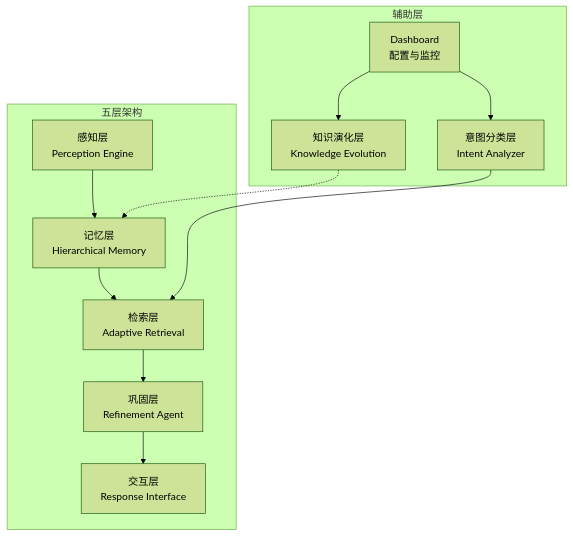
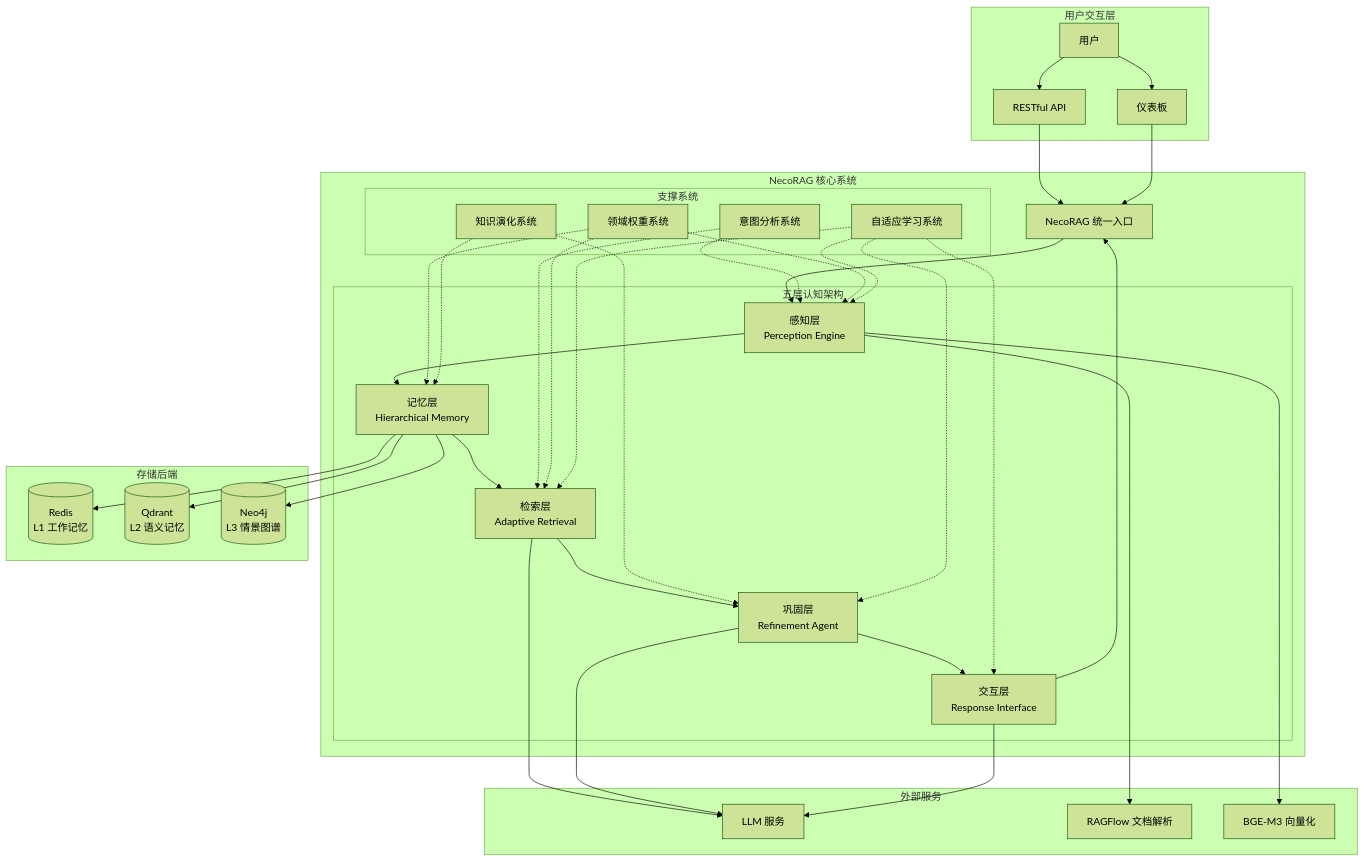
The first of 9 diagrams in .qoder/repowiki/zh/content/项目概述/技术架构概览.md (JieGaoPrinceton/NecoRAG), drawn with Mermaid (forest theme) before and after one commit. The commit also changed other lines of this file and 181 other files, not shown here.

````diff
--- a/.qoder/repowiki/zh/content/项目概述/技术架构概览.md
+++ b/.qoder/repowiki/zh/content/项目概述/技术架构概览.md
@@ -53,23 +39,51 @@
 ```mermaid
 graph TB
-subgraph "五层架构"
-P["感知层<br/>Perception Engine"]
-M["记忆层<br/>Hierarchical Memory"]
-R["检索层<br/>Adaptive Retrieval"]
-F["巩固层<br/>Refinement Agent"]
-S["交互层<br/>Response Interface"]
+subgraph "用户交互层"
+U[用户]
+API[RESTful API]
+DASH[仪表板]
 end
-subgraph "辅助层"
-I["意图分类层<br/>Intent Analyzer"]
-K["知识演化层<br/>Knowledge Evolution"]
-D["Dashboard<br/>配置与监控"]
+subgraph "NecoRAG 核心系统"
+NR[NecoRAG 统一入口]
+subgraph "五层认知架构"
+L1[感知层<br/>Perception Engine]
+L2[记忆层<br/>Hierarchical Memory]
+L3[检索层<br/>Adaptive Retrieval]
+L4[巩固层<br/>Refinement Agent]
+L5[交互层<br/>Response Interface]
 end
-P --> M
-M --> R
-R --> F
-F --> S
-I --> R
-K -.-> M
-D --> K
-D --> I
+subgraph "支撑系统"
+INT[意图分析系统]
+DOM[领域权重系统]
+KE[知识演化系统]
+AL[自适应学习系统]
+end
+end
+subgraph "存储后端"
+REDIS[(Redis<br/>L1 工作记忆)]
+QDRANT[(Qdrant<br/>L2 语义记忆)]
+NEO4J[(Neo4j<br/>L3 情景图谱)]
+end
+subgraph "外部服务"
+LLM[LLM 服务]
+RAGFLOW[RAGFlow 文档解析]
+BGE[BGE-M3 向量化]
+end
+U --> API
+U --> DASH
+API --> NR
+DASH --> NR
+NR --> L1
+L1 --> L2
+L2 --> L3
+L3 --> L4
+L4 --> L5
+L5 --> NR
+INT -.-> L1 & L3
+DOM -.-> L1 & L2 & L3
+KE -.-> L2 & L4
+AL -.-> L1 & L3 & L4 & L5
+L2 --> REDIS & QDRANT & NEO4J
+L1 --> RAGFLOW & BGE
+L3 & L4 & L5 --> LLM
 ```
````
